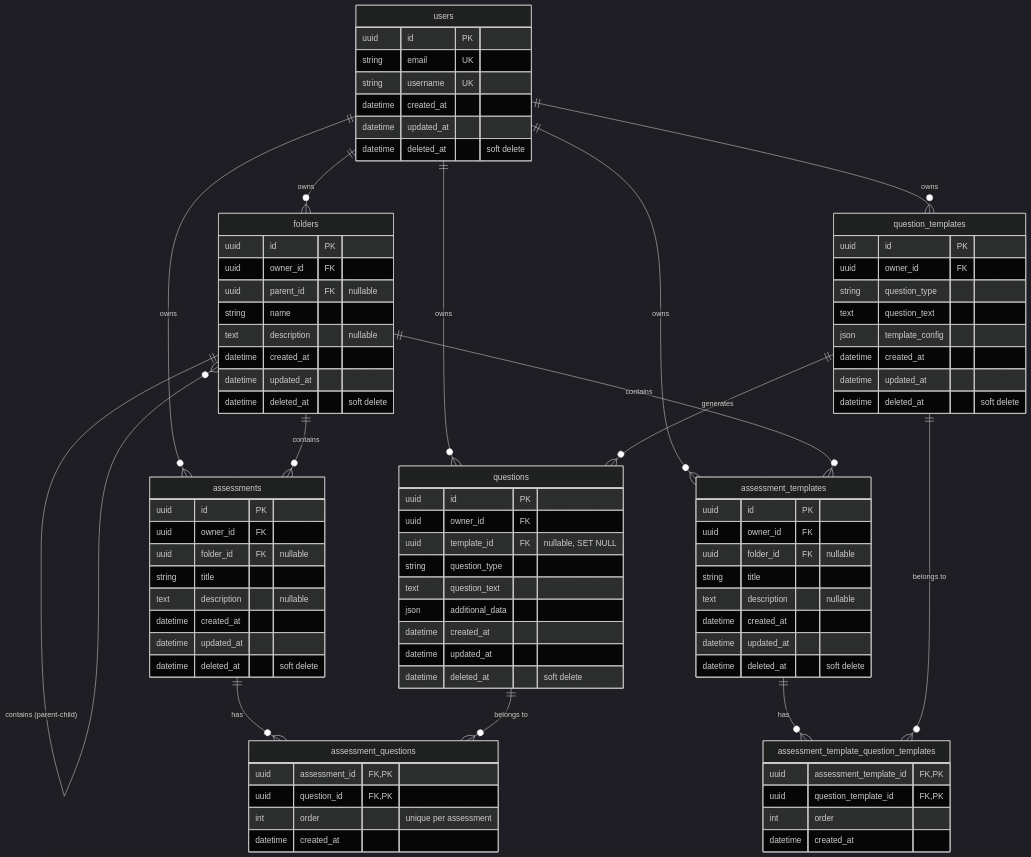
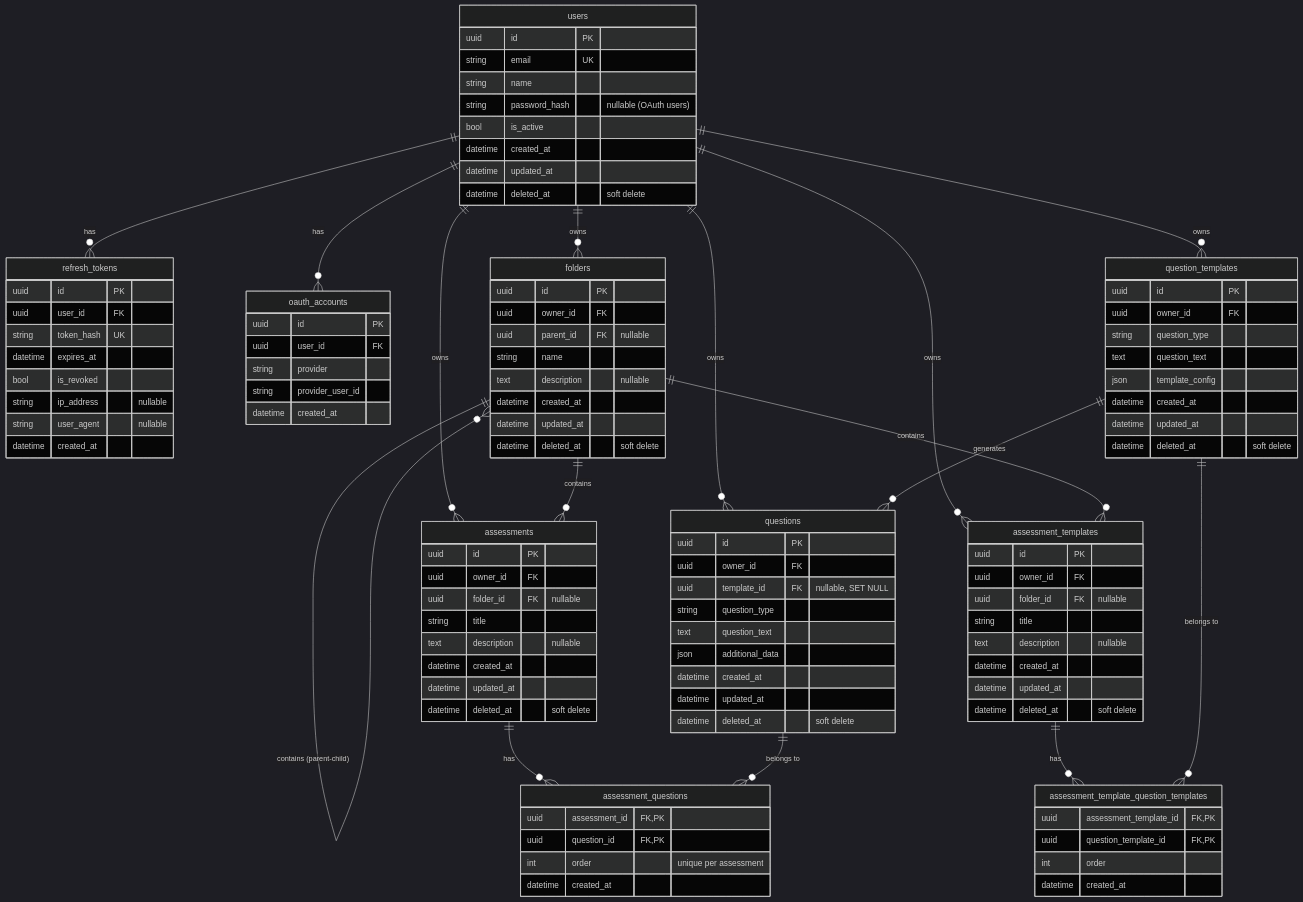
The diagram in README.md (edcraft-org/edcraft-backend), drawn with Mermaid (dark theme) before and after one commit. The commit also changed other lines of this file and 11 other files, not shown here.

````diff
--- a/README.md
+++ b/README.md
@@ -315,5 +325,7 @@
 ```mermaid
 erDiagram
+    users ||--o{ refresh_tokens : "has"
+    users ||--o{ oauth_accounts : "has"
     users ||--o{ folders : "owns"
     users ||--o{ assessments : "owns"
     users ||--o{ assessment_templates : "owns"
@@ -335,10 +347,31 @@
     users {
         uuid id PK
         string email UK
-        string username UK
+        string name
+        string password_hash "nullable (OAuth users)"
+        bool is_active
         datetime created_at
         datetime updated_at
         datetime deleted_at "soft delete"
+    }
+
+    refresh_tokens {
+        uuid id PK
+        uuid user_id FK
+        string token_hash UK
+        datetime expires_at
+        bool is_revoked
+        string ip_address "nullable"
+        string user_agent "nullable"
+        datetime created_at
+    }
+
+    oauth_accounts {
+        uuid id PK
+        uuid user_id FK
+        string provider
+        string provider_user_id
+        datetime created_at
     }
 
     folders {
````
